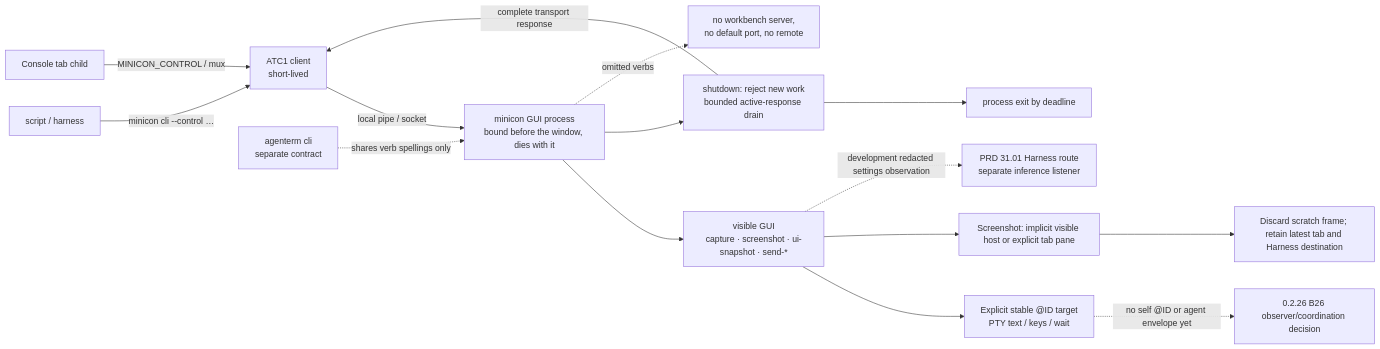
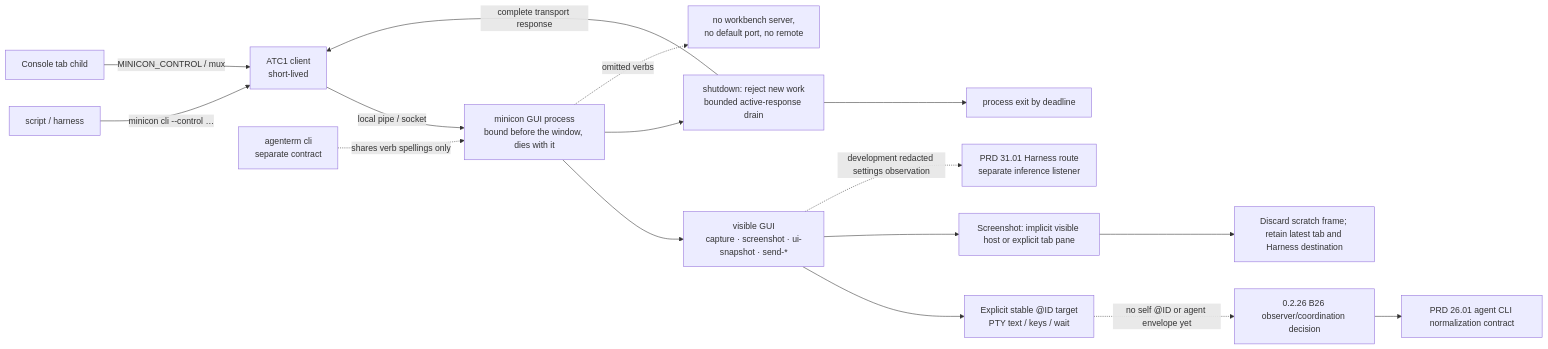
Before and after one commit to partnernetsoftware/minicon: the diagram in prd/PRD_02_26_con_control_cli.md, drawn with Mermaid. The commit also changed other lines of this file and 5 other files, not shown here.

Commit message:
docs: define agent-facing CLI and instance binding contract

````diff
--- a/prd/PRD_02_26_con_control_cli.md
+++ b/prd/PRD_02_26_con_control_cli.md
@@ -30,17 +33,18 @@
 ```mermaid
 flowchart LR
     S["script / harness"] -->|"minicon cli --control …"| C["ATC1 client<br/>short-lived"]
     TAB["Console tab child"] -->|"MINICON_CONTROL / mux"| C
     C -->|local pipe / socket| H["minicon GUI process<br/>bound before the window, dies with it"]
     H --> V["visible GUI<br/>capture · screenshot · ui-snapshot · send-*"]
     V --> ID["Explicit stable @ID target<br/>PTY text / keys / wait"]
     ID -. no self @ID or agent envelope yet .-> GAP["0.2.26 B26 observer/coordination decision"]
+    GAP --> SPEC["PRD 26.01 agent CLI normalization contract"]
     V --> SH["Screenshot: implicit visible host or explicit tab pane"]
     SH --> RESTORE["Discard scratch frame; retain latest tab and Harness destination"]
     V -. development redacted settings observation .-> G["PRD 31.01 Harness route<br/>separate inference listener"]
     H --> D["shutdown: reject new work<br/>bounded active-response drain"]
     D -->|"complete transport response"| C
     D --> E["process exit by deadline"]
     H -. omitted verbs .-> X["no workbench server,<br/>no default port, no remote"]
     AW["agenterm cli<br/>separate contract"] -. shares verb spellings only .-> H
 ```
````
